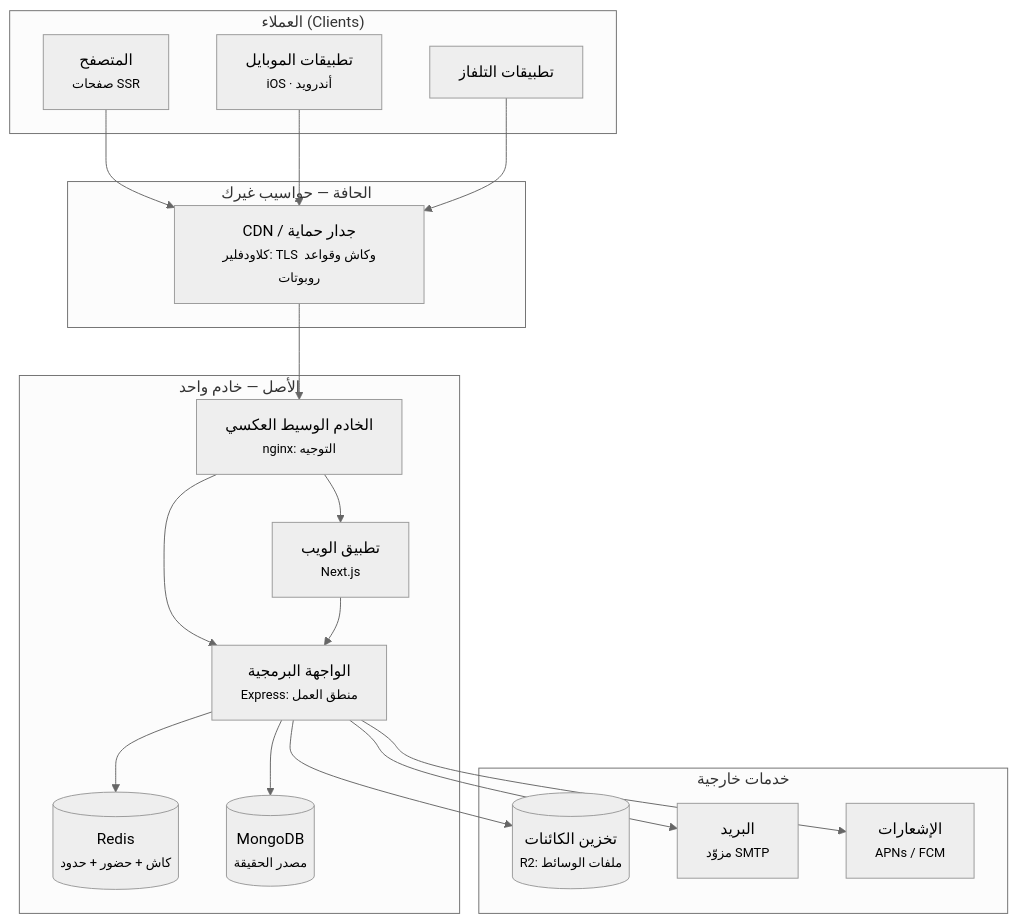
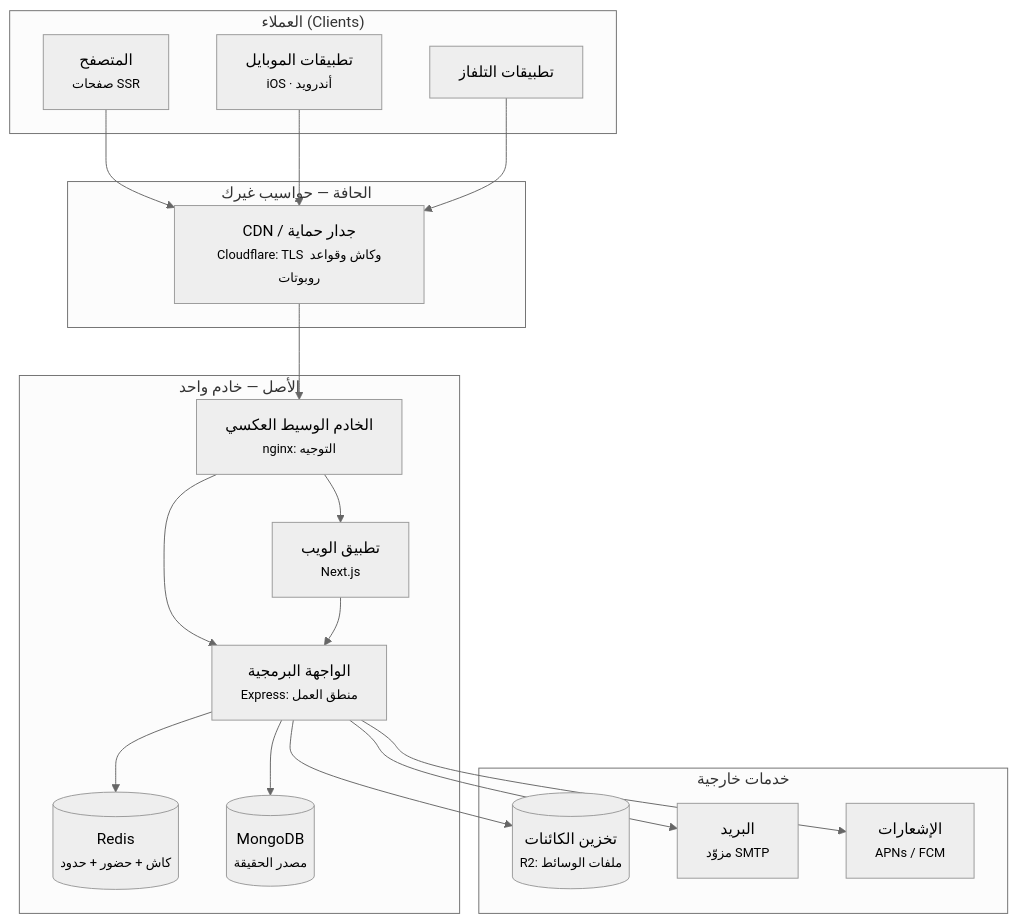
Before and after one commit to Tamoura/system-design-for-vibe-coders: the second of 2 diagrams in modules/01-anatomy-of-a-real-app/lesson-1-draw-the-boxes.ar.md, drawn with Mermaid (neutral theme). The commit also changed other lines of this file and 335 other files, not shown here.

````diff
--- a/modules/01-anatomy-of-a-real-app/lesson-1-draw-the-boxes.ar.md
+++ b/modules/01-anatomy-of-a-real-app/lesson-1-draw-the-boxes.ar.md
@@ -55,35 +55,35 @@
 ```mermaid
 graph TD
     subgraph clients["العملاء (Clients)"]
         B["المتصفح<br/><small>صفحات SSR</small>"]
         M["تطبيقات الموبايل<br/><small>iOS · أندرويد</small>"]
         TV["تطبيقات التلفاز"]
     end
     subgraph edge["الحافة — حواسيب غيرك"]
-        CDN["CDN / جدار حماية<br/><small>كلاودفلير: TLS وكاش وقواعد روبوتات</small>"]
+        CDN["CDN / جدار حماية<br/><small>Cloudflare: TLS وكاش وقواعد روبوتات</small>"]
     end
     subgraph origin["الأصل — خادم واحد"]
         NG["الخادم الوسيط العكسي<br/><small>nginx: التوجيه</small>"]
         WEB["تطبيق الويب<br/><small>Next.js</small>"]
         API["الواجهة البرمجية<br/><small>Express: منطق العمل</small>"]
         RED[("Redis<br/><small>كاش + حضور + حدود</small>")]
         DB[("MongoDB<br/><small>مصدر الحقيقة</small>")]
     end
     subgraph ext["خدمات خارجية"]
         R2[("تخزين الكائنات<br/><small>R2: ملفات الوسائط</small>")]
         SMTP["البريد<br/><small>مزوّد SMTP</small>"]
         PUSH["الإشعارات<br/><small>APNs / FCM</small>"]
     end
     B --> CDN
     M --> CDN
     TV --> CDN
     CDN --> NG
     NG --> WEB
     NG --> API
     WEB --> API
     API --> RED
     API --> DB
     API --> R2
     API --> SMTP
     API --> PUSH
 ```
````
